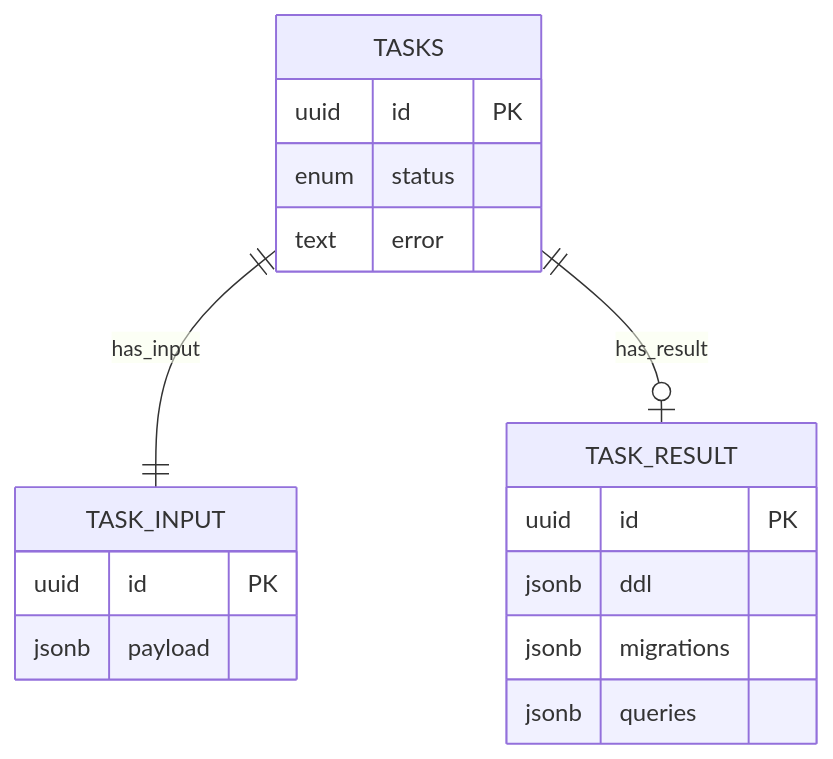
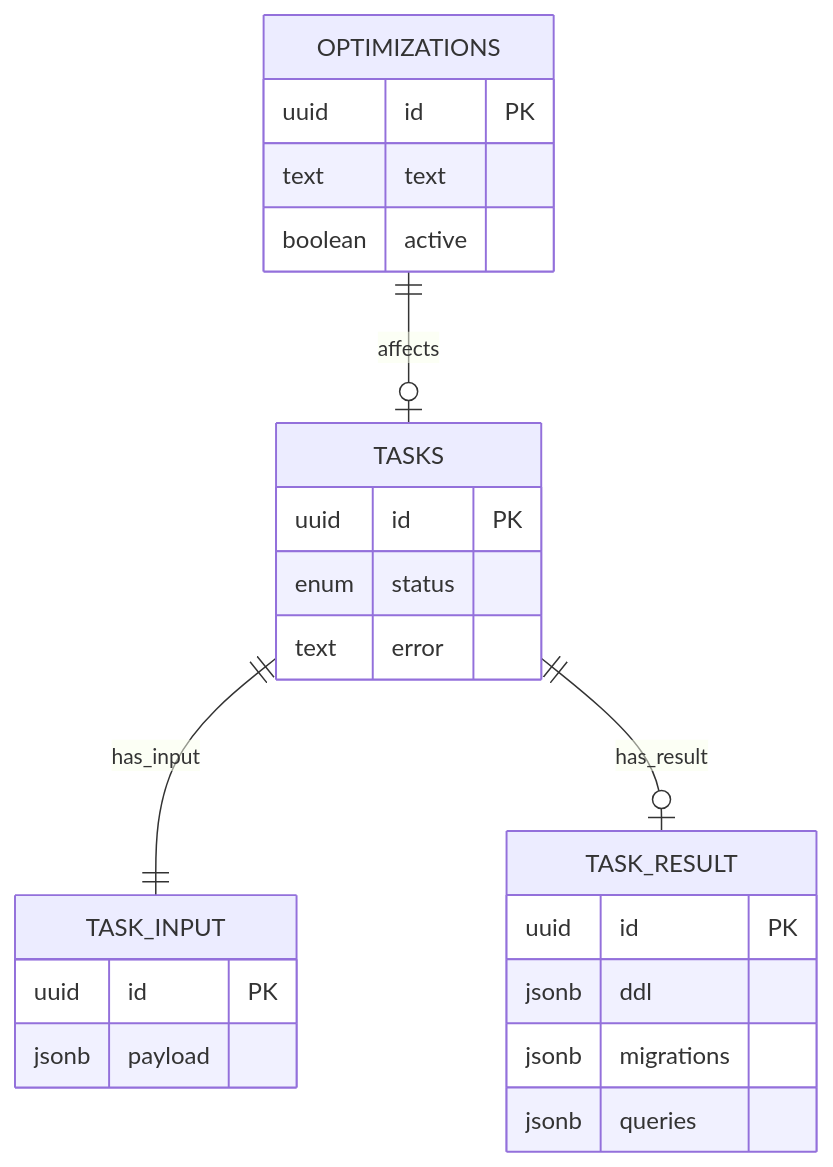
One commit to Java-Boys-Hackathon-Team/vibe-data changed the diagram in README.md. Above: the diagram before and after it, drawn with Mermaid. The commit also changed other lines of this file and 2 other files, not shown here.

Commit message:
Update README and API HTTP examples: document new endpoints, expanded features, and updated architecture details

````diff
--- a/README.md
+++ b/README.md
@@ -106,20 +150,26 @@
 ```mermaid
 erDiagram
     TASKS {
         uuid id PK
         enum status
         text error
     }
     TASK_INPUT {
         uuid id PK
         jsonb payload
     }
     TASK_RESULT {
         uuid id PK
         jsonb ddl
         jsonb migrations
         jsonb queries
     }
+    OPTIMIZATIONS {
+        uuid id PK
+        text text
+        boolean active
+    }
     TASKS ||--|| TASK_INPUT: has_input
     TASKS ||--o| TASK_RESULT: has_result
+    OPTIMIZATIONS ||--o| TASKS: affects
 ```
````
